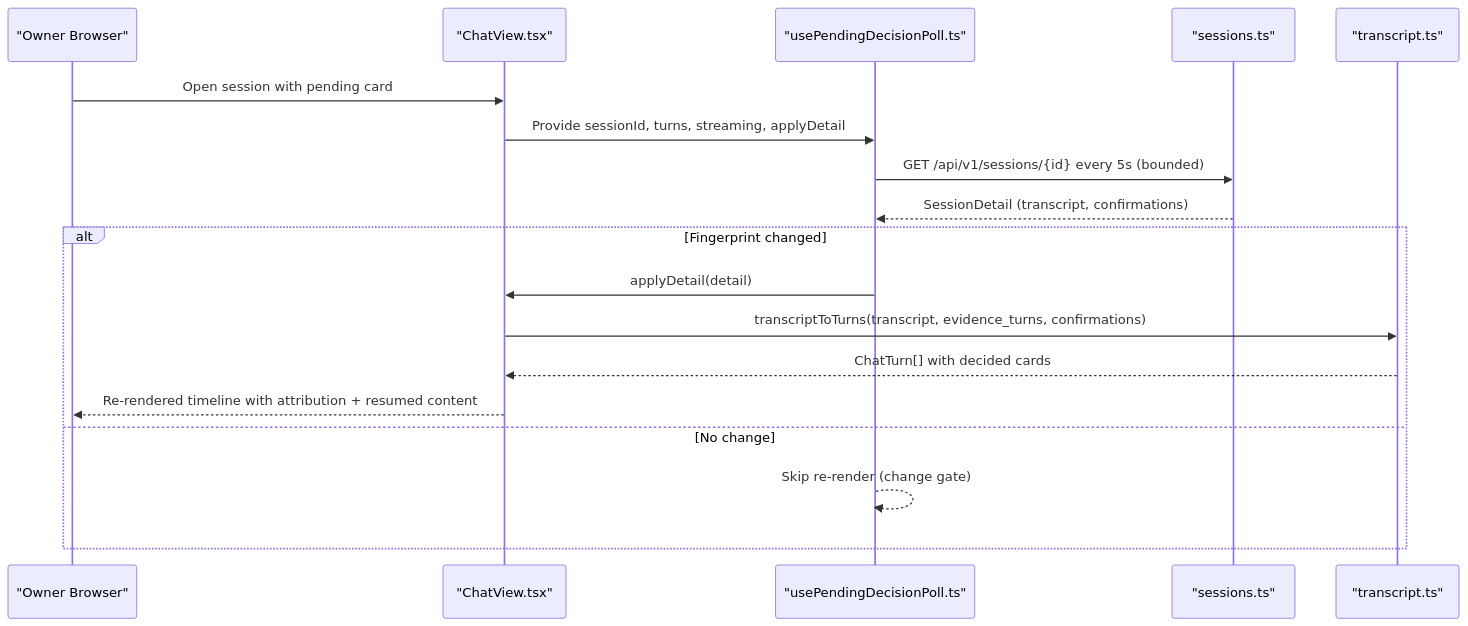
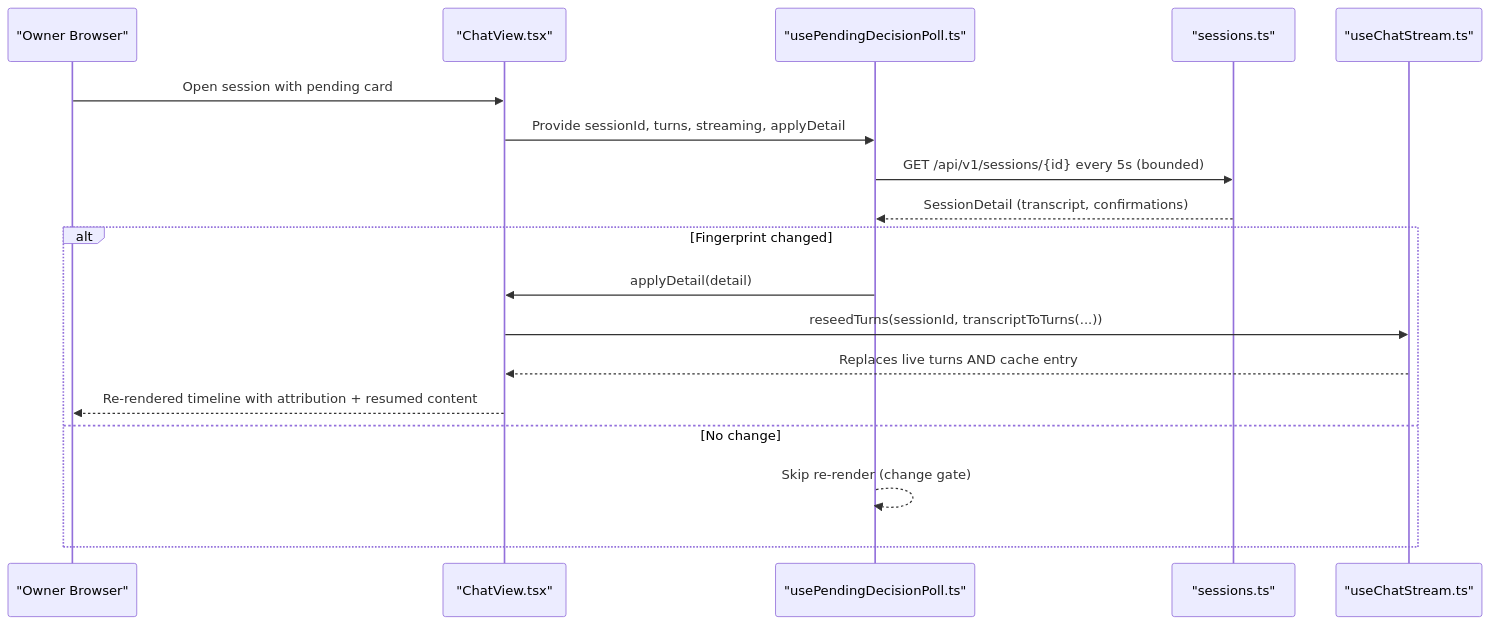
The second of 5 diagrams in .qoder/repowiki/en/content/Architecture Documentation/SPEC-032_ Owner-Side Live Decision Sync.md (metasync/luban-aiops), drawn with Mermaid before and after one commit. The commit also changed other lines of this file and 27 other files, not shown here.

````diff
--- a/.qoder/repowiki/en/content/Architecture Documentation/SPEC-032_ Owner-Side Live Decision Sync.md
+++ b/.qoder/repowiki/en/content/Architecture Documentation/SPEC-032_ Owner-Side Live Decision Sync.md
@@ -87,20 +109,20 @@
 ```mermaid
 sequenceDiagram
 participant User as "Owner Browser"
 participant CV as "ChatView.tsx"
 participant Hook as "usePendingDecisionPoll.ts"
 participant API as "sessions.ts"
-participant Trans as "transcript.ts"
+participant Stream as "useChatStream.ts"
 User->>CV : Open session with pending card
 CV->>Hook : Provide sessionId, turns, streaming, applyDetail
 Hook->>API : GET /api/v1/sessions/{id} every 5s (bounded)
 API-->>Hook : SessionDetail (transcript, confirmations)
 alt Fingerprint changed
 Hook->>CV : applyDetail(detail)
-CV->>Trans : transcriptToTurns(transcript, evidence_turns, confirmations)
-Trans-->>CV : ChatTurn[] with decided cards
+CV->>Stream : reseedTurns(sessionId, transcriptToTurns(...))
+Stream-->>CV : Replaces live turns AND cache entry
 CV-->>User : Re-rendered timeline with attribution + resumed content
 else No change
 Hook-->>Hook : Skip re-render (change gate)
 end
 ```
````
